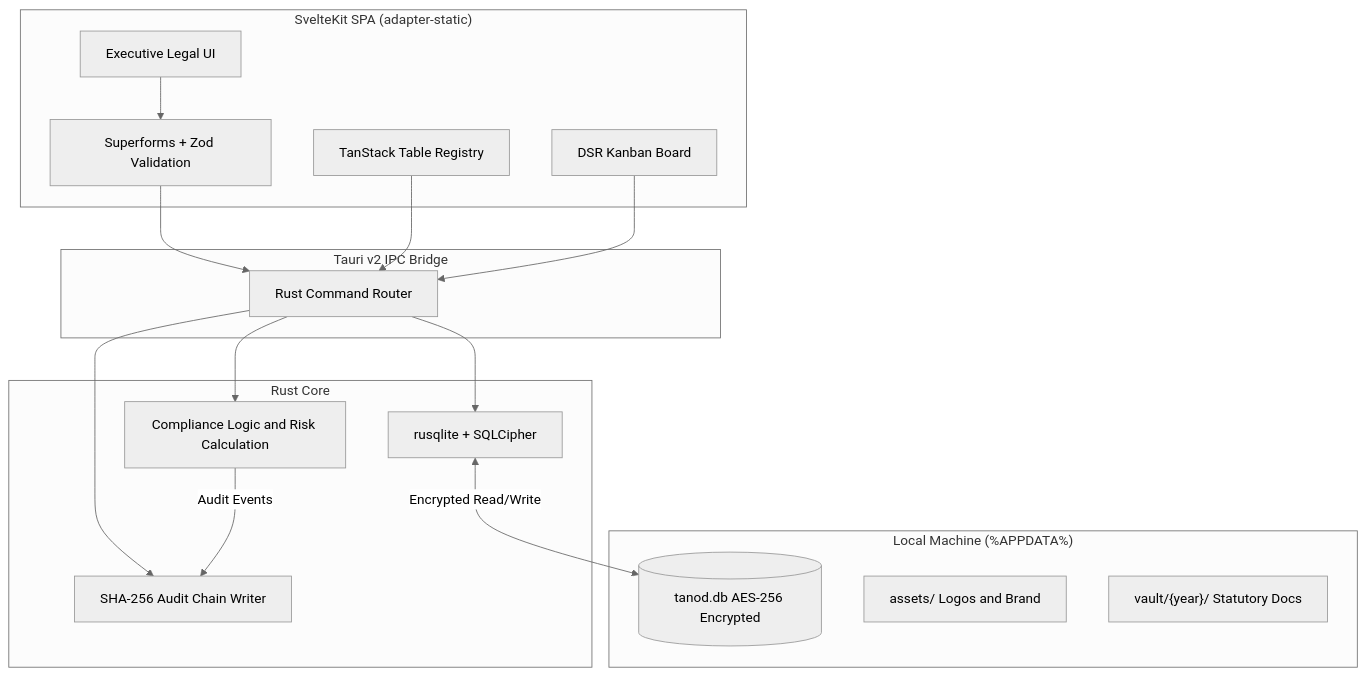
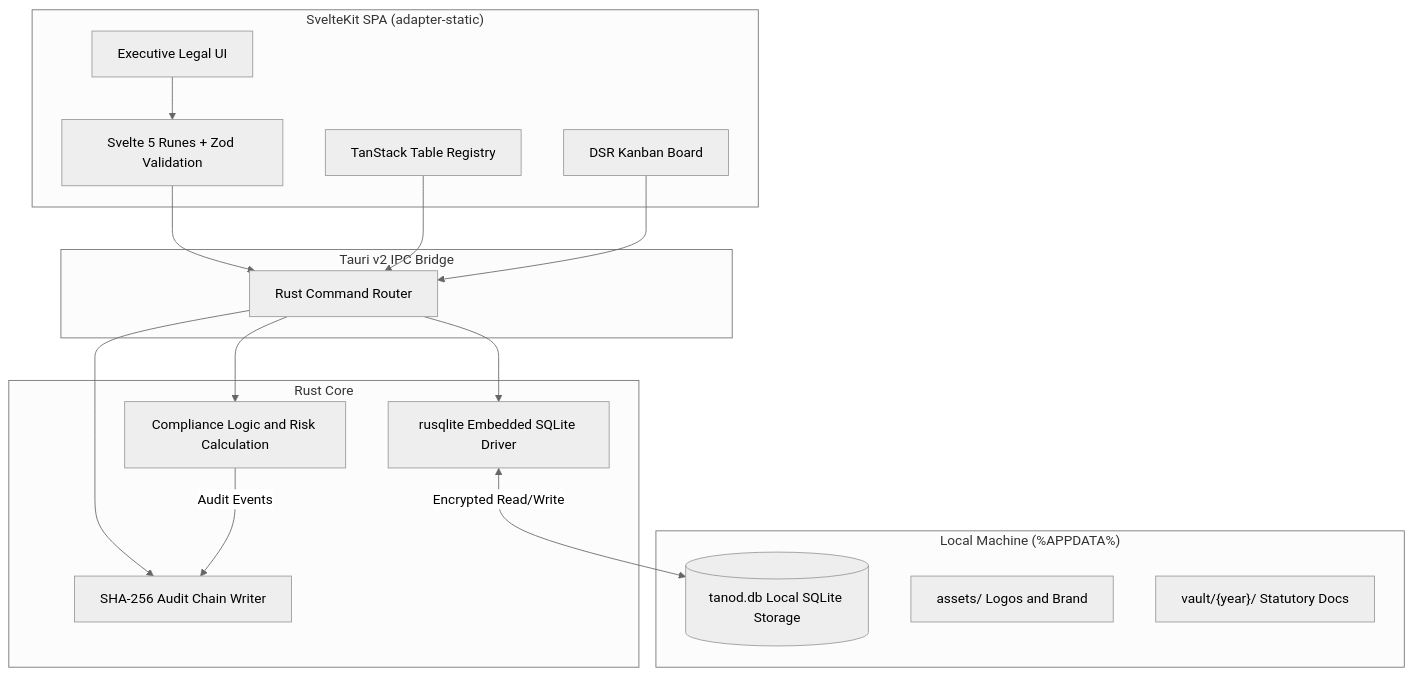
Before and after one commit to tildemark/tanod: the diagram in README.md, drawn with Mermaid (neutral theme). The commit also changed other lines of this file and 43 other files, not shown here.

````diff
--- a/README.md
+++ b/README.md
@@ -119,34 +119,34 @@
 ```mermaid
 graph TD
     subgraph Frontend ["SvelteKit SPA (adapter-static)"]
         UI[Executive Legal UI]
-        Forms[Superforms + Zod Validation]
+        Forms[Svelte 5 Runes + Zod Validation]
         Tables[TanStack Table Registry]
         Board[DSR Kanban Board]
     end
 
     subgraph Bridge [Tauri v2 IPC Bridge]
         IPC[Rust Command Router]
     end
 
     subgraph Backend [Rust Core]
         Engine[Compliance Logic and Risk Calculation]
         Audit[SHA-256 Audit Chain Writer]
-        DBDriver[rusqlite + SQLCipher]
+        DBDriver[rusqlite Embedded SQLite Driver]
     end
 
     subgraph Storage ["Local Machine (%APPDATA%)"]
-        DB[(tanod.db AES-256 Encrypted)]
+        DB[(tanod.db Local SQLite Storage)]
         Assets[assets/ Logos and Brand]
         Vault["vault/{year}/ Statutory Docs"]
     end
 
     UI --> Forms --> IPC
     Tables --> IPC
     Board --> IPC
     IPC --> Engine
     IPC --> Audit
     IPC --> DBDriver
     DBDriver <-->|Encrypted Read/Write| DB
     Engine -->|Audit Events| Audit
 ```
````
